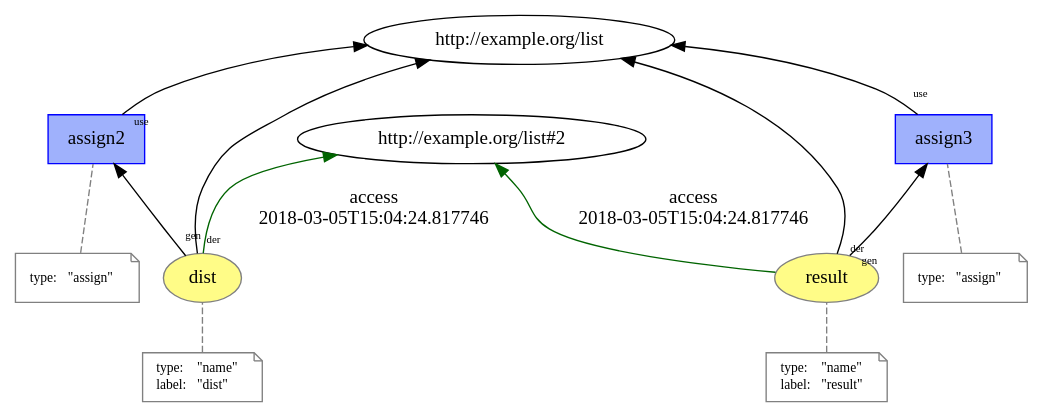
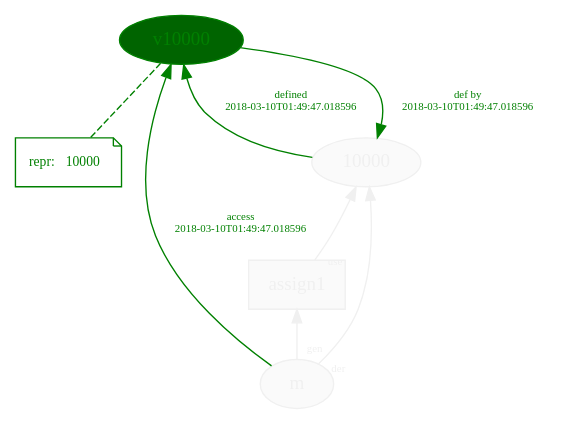
One commit to dew-uff/versioned-prov changed the diagram in images/mutable_prov/temp/L2__assign.dot. Above: the diagram before and after it, drawn with Graphviz. The commit also changed 1625 other files, not shown here.

```diff
--- a/images/mutable_prov/temp/L2__assign.dot
+++ b/images/mutable_prov/temp/L2__assign.dot
@@ -1,52 +1,22 @@
 digraph "PROV" { size="16,12"; rankdir="BT";
-"http://example.org/dist" [fillcolor="#FFFC87",color="#808080",style="filled",label="dist",URL="http://example.org/dist"]
-"-attrs0" [color="gray",shape="note",fontsize="10",fontcolor="black",label=<<TABLE cellpadding="0" border="0">
+"http://example.org/10000" [fillcolor="#FAFAFA",color="#F0F0F0",style="filled",fontcolor="#F0F0F0",label="10000",URL="http://example.org/10000"]
+"http://example.org/v10000" [fillcolor="darkgreen",color="green",style="filled",fontcolor="green",label="v10000",URL="http://example.org/v10000"]
+"-attrs0" [color="green",shape="note",fontsize="10",fontcolor="green",label=<<TABLE cellpadding="0" border="0">
 	<TR>
-	    <TD align="left">type:</TD>
-	    <TD align="left">&quot;name&quot;</TD>
-	</TR>
-	<TR>
-	    <TD align="left">label:</TD>
-	    <TD align="left">&quot;dist&quot;</TD>
+	    <TD align="left">repr:</TD>
+	    <TD align="left">10000</TD>
 	</TR>
 </TABLE>>]
-"-attrs0" -> "http://example.org/dist" [color="gray",style="dashed",arrowhead="none"]
-"http://example.org/dist" -> "http://example.org/list#2" [labelfontsize="8",labeldistance="1.5",color="darkgreen",labelangle="60.0",rotation="20",label="access
-2018-03-05T15:04:24.817746"]
-"http://example.org/result" [fillcolor="#FFFC87",color="#808080",style="filled",label="result",URL="http://example.org/result"]
-"-attrs1" [color="gray",shape="note",fontsize="10",fontcolor="black",label=<<TABLE cellpadding="0" border="0">
-	<TR>
-	    <TD align="left">type:</TD>
-	    <TD align="left">&quot;name&quot;</TD>
-	</TR>
-	<TR>
-	    <TD align="left">label:</TD>
-	    <TD align="left">&quot;result&quot;</TD>
-	</TR>
-</TABLE>>]
-"-attrs1" -> "http://example.org/result" [color="gray",style="dashed",arrowhead="none"]
-"http://example.org/result" -> "http://example.org/list#2" [labelfontsize="8",labeldistance="1.5",color="darkgreen",labelangle="60.0",rotation="20",label="access
-2018-03-05T15:04:24.817746"]
-"http://example.org/assign2" [fillcolor="#9FB1FC",color="#0000FF",shape="polygon",sides="4",style="filled",label="assign2",URL="http://example.org/assign2"]
-"-attrs2" [color="gray",shape="note",fontsize="10",fontcolor="black",label=<<TABLE cellpadding="0" border="0">
-	<TR>
-	    <TD align="left">type:</TD>
-	    <TD align="left">&quot;assign&quot;</TD>
-	</TR>
-</TABLE>>]
-"-attrs2" -> "http://example.org/assign2" [color="gray",style="dashed",arrowhead="none"]
-"http://example.org/assign2" -> "http://example.org/list" [labelfontsize="8",labeldistance="1.5",labelangle="60.0",rotation="20",taillabel="use"]
-"http://example.org/dist" -> "http://example.org/list" [labelfontsize="8",labeldistance="1.5",labelangle="60.0",rotation="20",taillabel="der"]
-"http://example.org/dist" -> "http://example.org/assign2" [labelfontsize="8",labeldistance="1.5",labelangle="60.0",rotation="20",taillabel="gen"]
-"http://example.org/assign3" [fillcolor="#9FB1FC",color="#0000FF",shape="polygon",sides="4",style="filled",label="assign3",URL="http://example.org/assign3"]
-"-attrs3" [color="gray",shape="note",fontsize="10",fontcolor="black",label=<<TABLE cellpadding="0" border="0">
-	<TR>
-	    <TD align="left">type:</TD>
-	    <TD align="left">&quot;assign&quot;</TD>
-	</TR>
-</TABLE>>]
-"-attrs3" -> "http://example.org/assign3" [color="gray",style="dashed",arrowhead="none"]
-"http://example.org/assign3" -> "http://example.org/list" [labelfontsize="8",labeldistance="1.5",labelangle="60.0",rotation="20",taillabel="use"]
-"http://example.org/result" -> "http://example.org/list" [labelfontsize="8",labeldistance="1.5",labelangle="60.0",rotation="20",taillabel="der"]
-"http://example.org/result" -> "http://example.org/assign3" [labelfontsize="8",labeldistance="1.5",labelangle="60.0",rotation="20",taillabel="gen"]
+"-attrs0" -> "http://example.org/v10000" [color="green",style="dashed",arrowhead="none",fontcolor="green"]
+"http://example.org/10000" -> "http://example.org/v10000" [fontsize="8",distance="1.5",angle="60.0",rotation="20",label="defined
+2018-03-10T01:49:47.018596",fontcolor="green",color="green"]
+"http://example.org/v10000" -> "http://example.org/10000" [fontsize="8",distance="1.5",angle="60.0",rotation="20",label="def by
+2018-03-10T01:49:47.018596",fontcolor="green",color="green"]
+"http://example.org/m" [fillcolor="#FAFAFA",color="#F0F0F0",style="filled",fontcolor="#F0F0F0",label="m",URL="http://example.org/m"]
+"http://example.org/assign1" [fillcolor="#FAFAFA",color="#F0F0F0",shape="polygon",sides="4",style="filled",fontcolor="#F0F0F0",label="assign1",URL="http://example.org/assign1"]
+"http://example.org/m" -> "http://example.org/10000" [labelfontsize="8",labeldistance="1.5",labelangle="60.0",rotation="20",taillabel="der",fontcolor="#F0F0F0",color="#F0F0F0"]
+"http://example.org/m" -> "http://example.org/v10000" [fontsize="8",distance="1.5",angle="60.0",rotation="20",label="access
+2018-03-10T01:49:47.018596",fontcolor="green",color="green"]
+"http://example.org/assign1" -> "http://example.org/10000" [labelfontsize="8",labeldistance="1.5",labelangle="60.0",rotation="20",taillabel="use",fontcolor="#F0F0F0",color="#F0F0F0"]
+"http://example.org/m" -> "http://example.org/assign1" [labelfontsize="8",labeldistance="1.5",labelangle="60.0",rotation="20",taillabel="gen",fontcolor="#F0F0F0",color="#F0F0F0"]
 }
```
